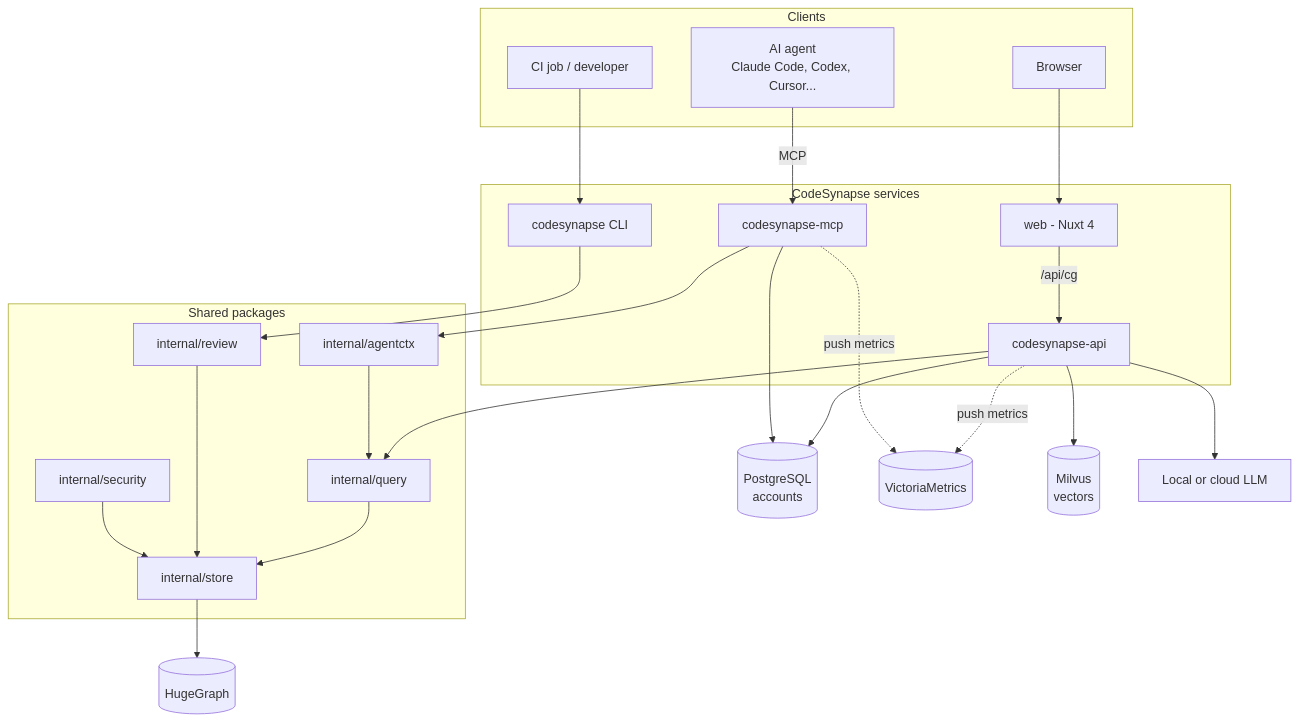
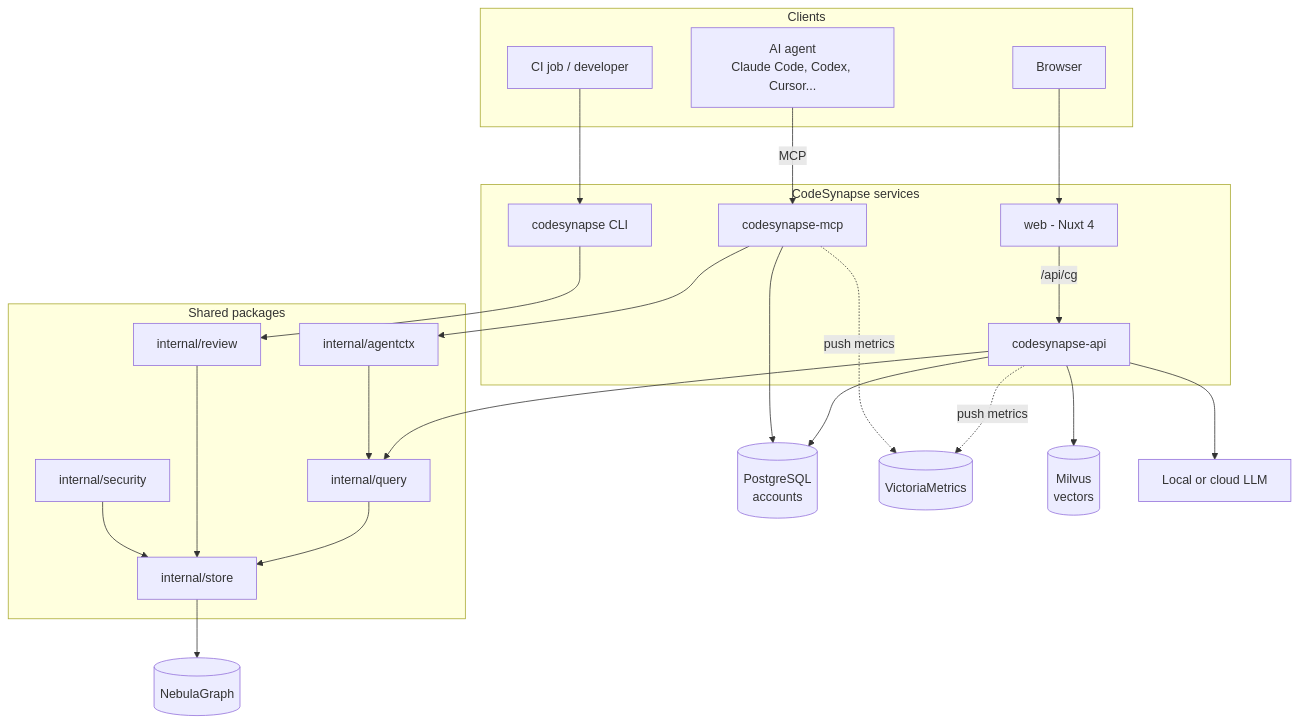
One commit to astrona-io/codesynapse changed the first of 4 diagrams in docs/architecture/overview.md. Above: the diagram before and after it, drawn with Mermaid. The commit also changed other lines of this file and 75 other files, not shown here.

First line of the commit message:
feat!: NebulaGraph replaces HugeGraph (#317)

````diff
--- a/docs/architecture/overview.md
+++ b/docs/architecture/overview.md
@@ -17,48 +17,48 @@
 ```mermaid
 flowchart TB
     subgraph clients[Clients]
         agent[AI agent<br/>Claude Code, Codex, Cursor...]
         browser[Browser]
         ci[CI job / developer]
     end
 
     subgraph services[CodeSynapse services]
         mcp[codesynapse-mcp]
         web[web - Nuxt 4]
         api[codesynapse-api]
         cli[codesynapse CLI]
     end
 
     subgraph shared[Shared packages]
         query[internal/query]
         agentctx[internal/agentctx]
         review[internal/review]
         security[internal/security]
         store[internal/store]
     end
 
-    neo[(HugeGraph)]
+    neo[(NebulaGraph)]
     pg[(PostgreSQL<br/>accounts)]
     vm[(VictoriaMetrics)]
     milvus[(Milvus<br/>vectors)]
     llm[Local or cloud LLM]
 
     agent -- MCP --> mcp
     browser --> web -- "/api/cg" --> api
     ci --> cli
 
     mcp --> agentctx
     api --> query
     cli --> review
     agentctx --> query
     query --> store
     review --> store
     security --> store
     store --> neo
     api --> pg
     mcp --> pg
     api --> llm
     api --> milvus
     api -. push metrics .-> vm
     mcp -. push metrics .-> vm
 ```
````
